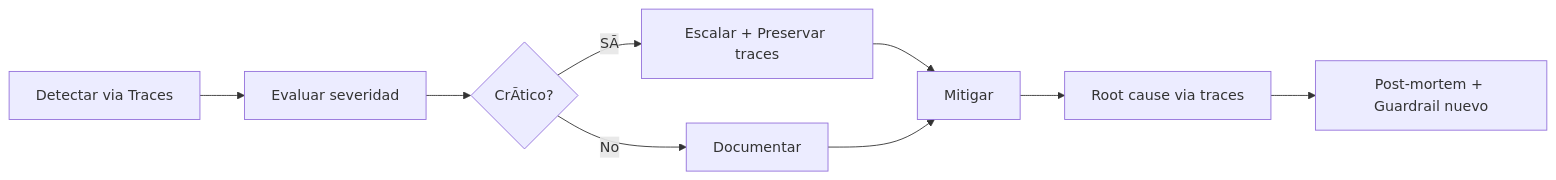
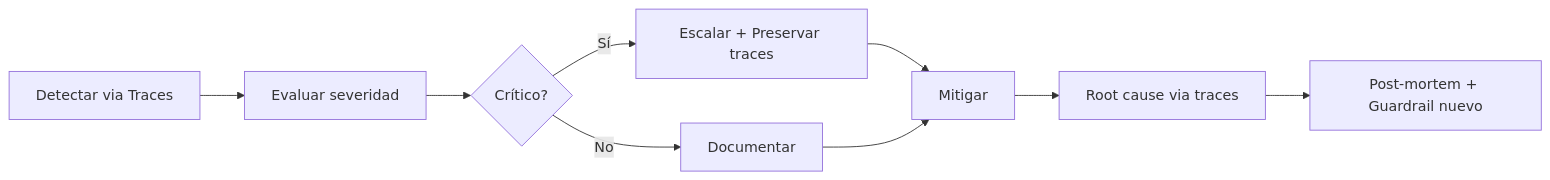
The fourth of 4 diagrams in docs/framework/v2/13-security-compliance-v2_1.md (humansys/raise), drawn with Mermaid before and after one commit. The commit also changed other lines of this file and 9 other files, not shown here.

````diff
--- a/docs/framework/v2/13-security-compliance-v2_1.md
+++ b/docs/framework/v2/13-security-compliance-v2_1.md
@@ -296,11 +296,11 @@
 ```mermaid
 flowchart LR
     A[Detectar via Traces] --> B[Evaluar severidad]
-    B --> C{CrÃ­tico?}
-    C -->|SÃ­| D[Escalar + Preservar traces]
+    B --> C{Crítico?}
+    C -->|Sí| D[Escalar + Preservar traces]
     C -->|No| E[Documentar]
     D --> F[Mitigar]
     E --> F
     F --> G[Root cause via traces]
     G --> H[Post-mortem + Guardrail nuevo]
 ```
````
